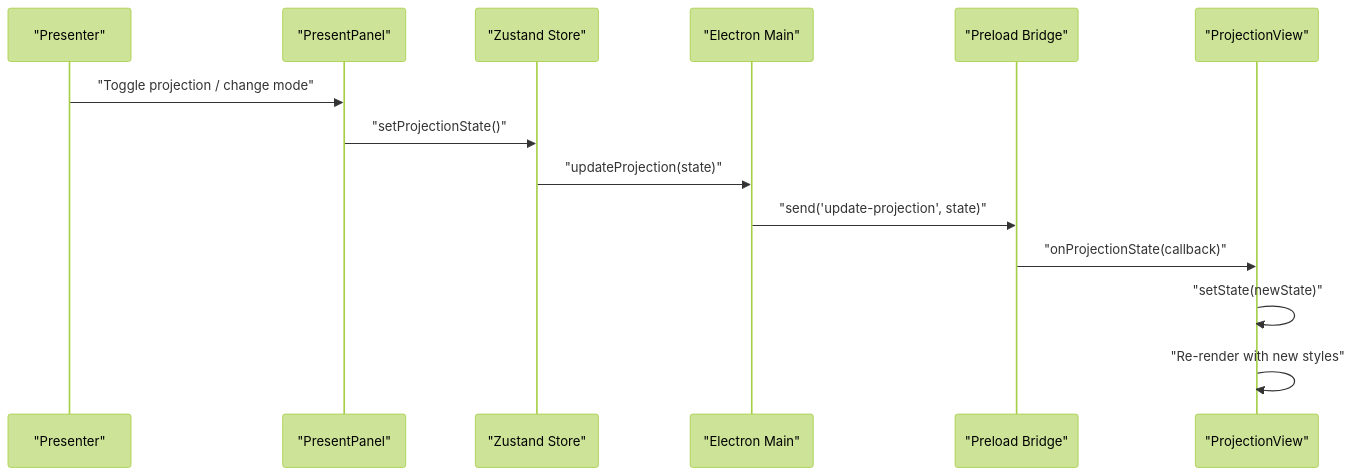
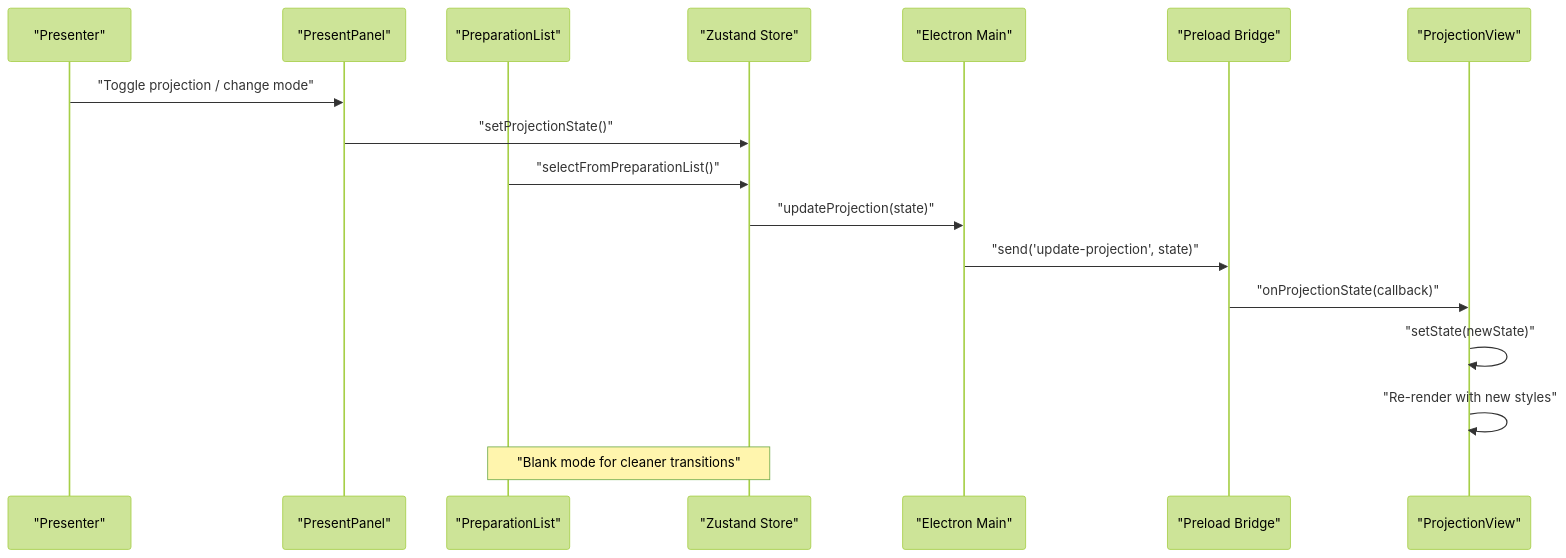
One commit to jimmywyk/lyricdeck changed the second of 10 diagrams in .qoder/repowiki/en/content/User Interface Components/Projection View Component.md. Above: the diagram before and after it, drawn with Mermaid (forest theme). The commit also changed other lines of this file and 11 other files, not shown here.

````diff
--- a/.qoder/repowiki/en/content/User Interface Components/Projection View Component.md
+++ b/.qoder/repowiki/en/content/User Interface Components/Projection View Component.md
@@ -114,16 +133,19 @@
 ```mermaid
 sequenceDiagram
 participant Presenter as "Presenter"
 participant PresentPanel as "PresentPanel"
+participant PreparationList as "PreparationList"
 participant Store as "Zustand Store"
 participant Main as "Electron Main"
 participant Preload as "Preload Bridge"
 participant Projection as "ProjectionView"
 Presenter->>PresentPanel : "Toggle projection / change mode"
 PresentPanel->>Store : "setProjectionState()"
+PreparationList->>Store : "selectFromPreparationList()"
 Store->>Main : "updateProjection(state)"
 Main->>Preload : "send('update-projection', state)"
 Preload->>Projection : "onProjectionState(callback)"
 Projection->>Projection : "setState(newState)"
 Projection->>Projection : "Re-render with new styles"
+Note over PreparationList,Store : "Blank mode for cleaner transitions"
 ```
````
